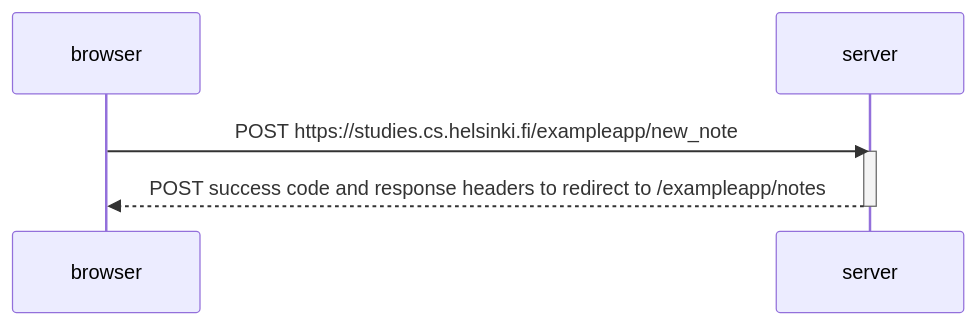
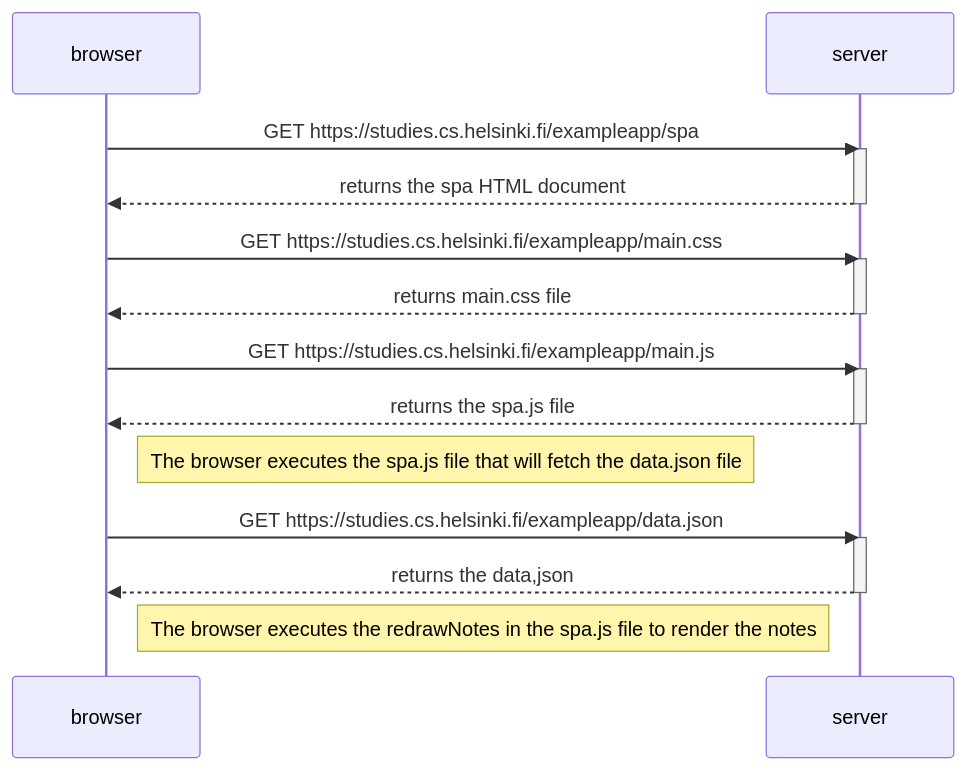
The diagram in part0/0.5.md (Alhada06/full-stack-open-2023), drawn with Mermaid before and after one commit. The commit also changed 2 other files, not shown here.

```diff
--- a/part0/0.5.md
+++ b/part0/0.5.md
@@ -1,11 +1,30 @@
 :::mermaid
 sequenceDiagram
 participant browser
 participant server
 
-    browser->>server: POST  https://studies.cs.helsinki.fi/exampleapp/new_note
+    browser->>server: GET https://studies.cs.helsinki.fi/exampleapp/spa
     activate server
-    server-->>browser: POST success code and response headers to redirect to /exampleapp/notes
+    server-->>browser: returns the spa HTML document
     deactivate server
 
+    browser->>server: GET https://studies.cs.helsinki.fi/exampleapp/main.css
+    activate server
+    server-->>browser: returns main.css file
+    deactivate server
+
+    browser->>server: GET https://studies.cs.helsinki.fi/exampleapp/main.js
+    activate server
+    server-->>browser: returns the spa.js file
+    deactivate server
+
+    Note right of browser: The browser executes the spa.js file that will fetch the data.json file
+
+    browser->>server: GET https://studies.cs.helsinki.fi/exampleapp/data.json
+    activate server
+    server-->>browser: returns the data,json
+    deactivate server
+
+    Note right of browser: The browser executes the redrawNotes in the spa.js file to render the notes
+
 :::
```
